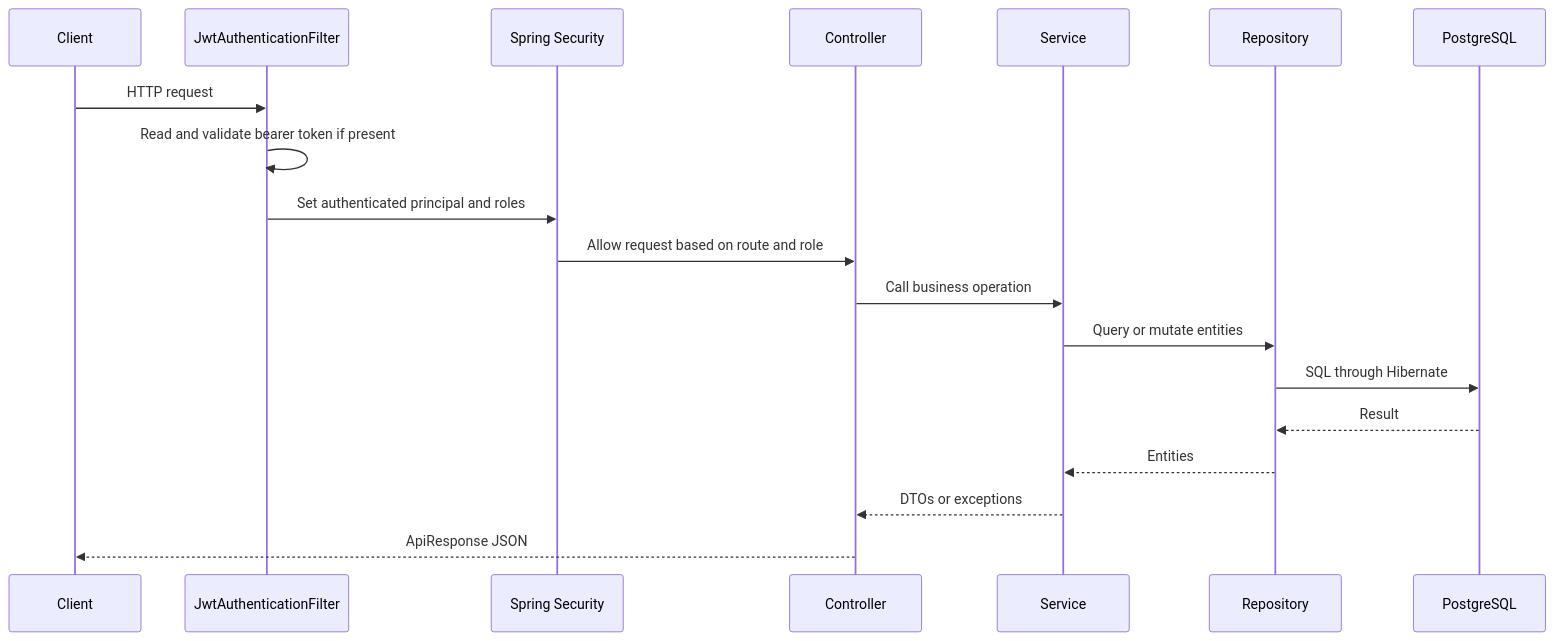
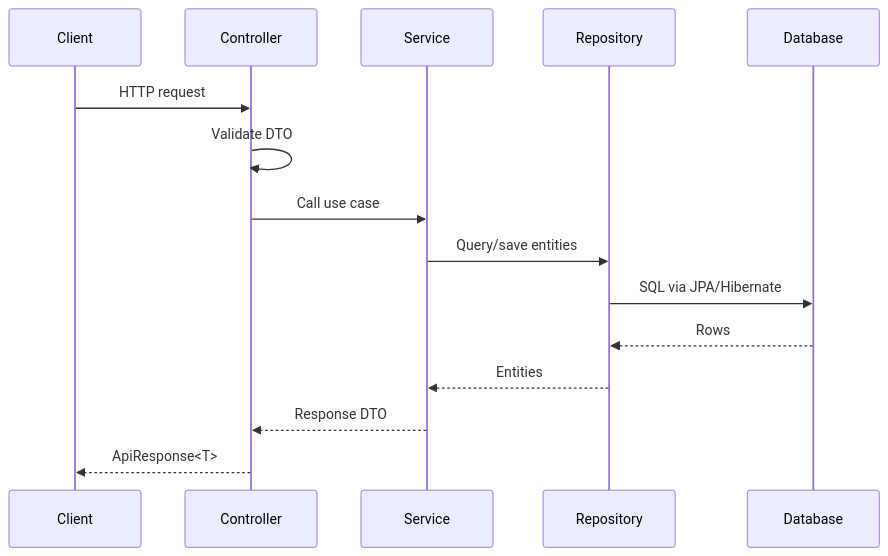
The second of 9 diagrams in docs/ARCHITECTURE.md (yuneshbyte01/hamro-chalchitraghar-backend), drawn with Mermaid before and after one commit. The commit also changed other lines of this file and 13 other files, not shown here.

````diff
--- a/docs/ARCHITECTURE.md
+++ b/docs/ARCHITECTURE.md
@@ -52,22 +59,18 @@
 ```mermaid
 sequenceDiagram
-    participant Client
-    participant JwtFilter as JwtAuthenticationFilter
-    participant Security as Spring Security
-    participant Controller
-    participant Service
-    participant Repository
-    participant DB as PostgreSQL
+    participant C as Client
+    participant Ctrl as Controller
+    participant Svc as Service
+    participant Repo as Repository
+    participant DB as Database
 
-    Client->>JwtFilter: HTTP request
-    JwtFilter->>JwtFilter: Read and validate bearer token if present
-    JwtFilter->>Security: Set authenticated principal and roles
-    Security->>Controller: Allow request based on route and role
-    Controller->>Service: Call business operation
-    Service->>Repository: Query or mutate entities
-    Repository->>DB: SQL through Hibernate
-    DB-->>Repository: Result
-    Repository-->>Service: Entities
-    Service-->>Controller: DTOs or exceptions
-    Controller-->>Client: ApiResponse JSON
+    C->>Ctrl: HTTP request
+    Ctrl->>Ctrl: Validate DTO
+    Ctrl->>Svc: Call use case
+    Svc->>Repo: Query/save entities
+    Repo->>DB: SQL via JPA/Hibernate
+    DB-->>Repo: Rows
+    Repo-->>Svc: Entities
+    Svc-->>Ctrl: Response DTO
+    Ctrl-->>C: ApiResponse<T>
 ```
````
